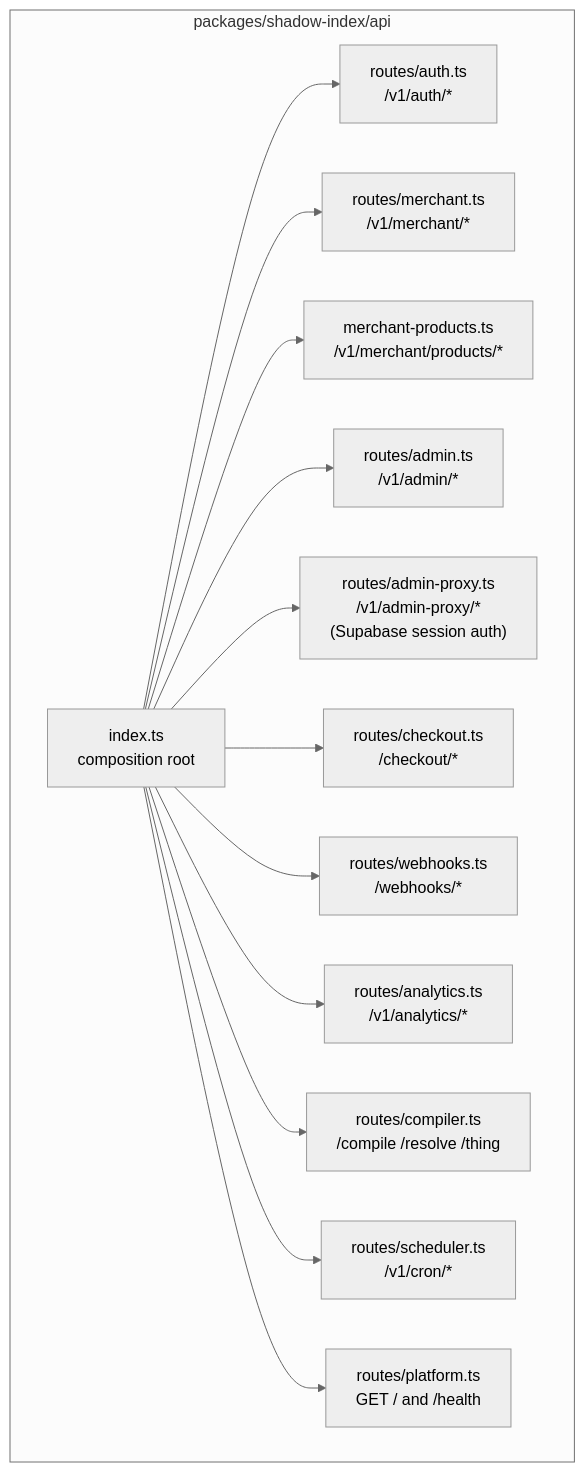
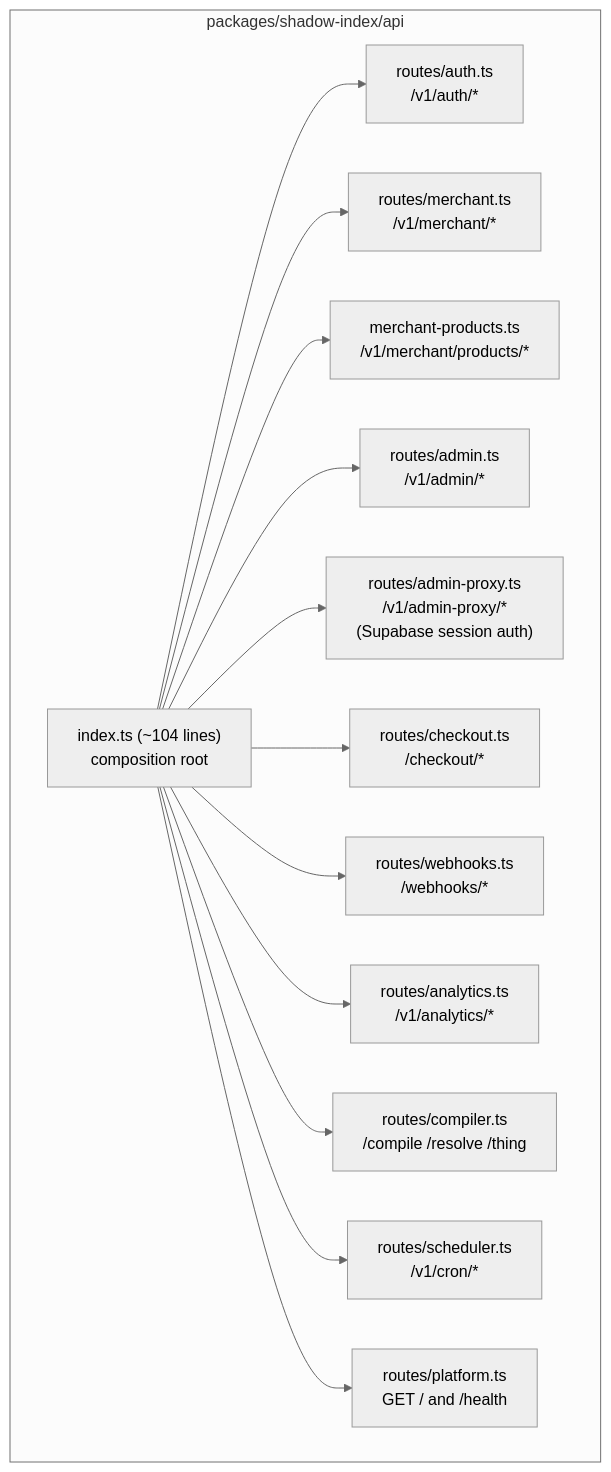
The second of 8 diagrams in docs/07-SYSTEM-DIAGRAMS.md (MatomeMb/FairFlow), drawn with Mermaid (neutral theme) before and after one commit. The commit also changed other lines of this file and 14 other files, not shown here.

````diff
--- a/docs/07-SYSTEM-DIAGRAMS.md
+++ b/docs/07-SYSTEM-DIAGRAMS.md
@@ -64,17 +64,17 @@
 ```mermaid
 graph TB
     subgraph "packages/shadow-index/api"
-        IDX["index.ts\ncomposition root"]
+        IDX["index.ts (~104 lines)\ncomposition root"]
         IDX --> AUTH["routes/auth.ts\n/v1/auth/*"]
         IDX --> MERCH["routes/merchant.ts\n/v1/merchant/*"]
         IDX --> PROD["merchant-products.ts\n/v1/merchant/products/*"]
         IDX --> ADMIN["routes/admin.ts\n/v1/admin/*"]
         IDX --> PROXY["routes/admin-proxy.ts\n/v1/admin-proxy/*\n(Supabase session auth)"]
         IDX --> CHECKOUT["routes/checkout.ts\n/checkout/*"]
         IDX --> WEBHOOKS["routes/webhooks.ts\n/webhooks/*"]
         IDX --> ANALYTICS["routes/analytics.ts\n/v1/analytics/*"]
         IDX --> COMPILER["routes/compiler.ts\n/compile /resolve /thing"]
         IDX --> SCHED["routes/scheduler.ts\n/v1/cron/*"]
         IDX --> PLATFORM["routes/platform.ts\nGET / and /health"]
     end
 ```
````
